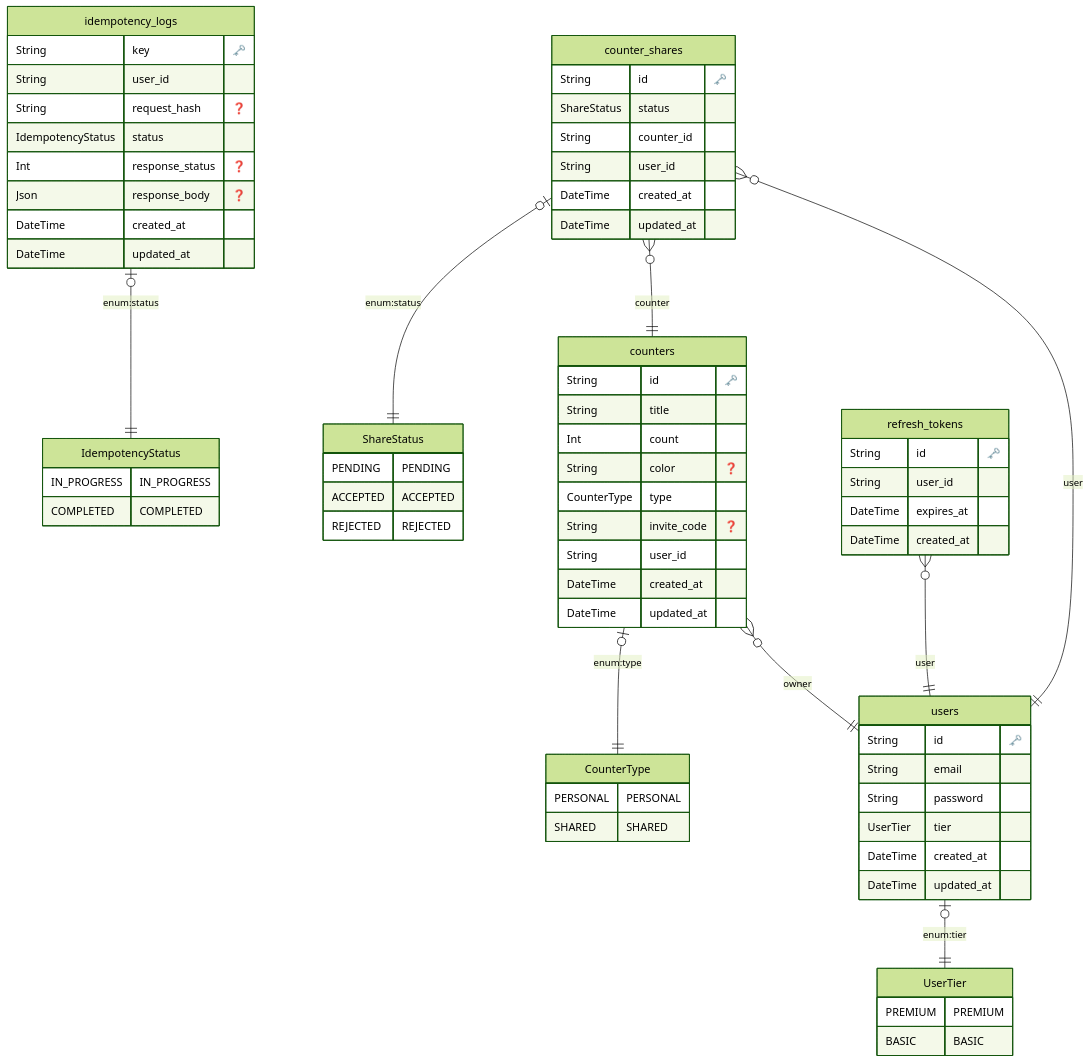
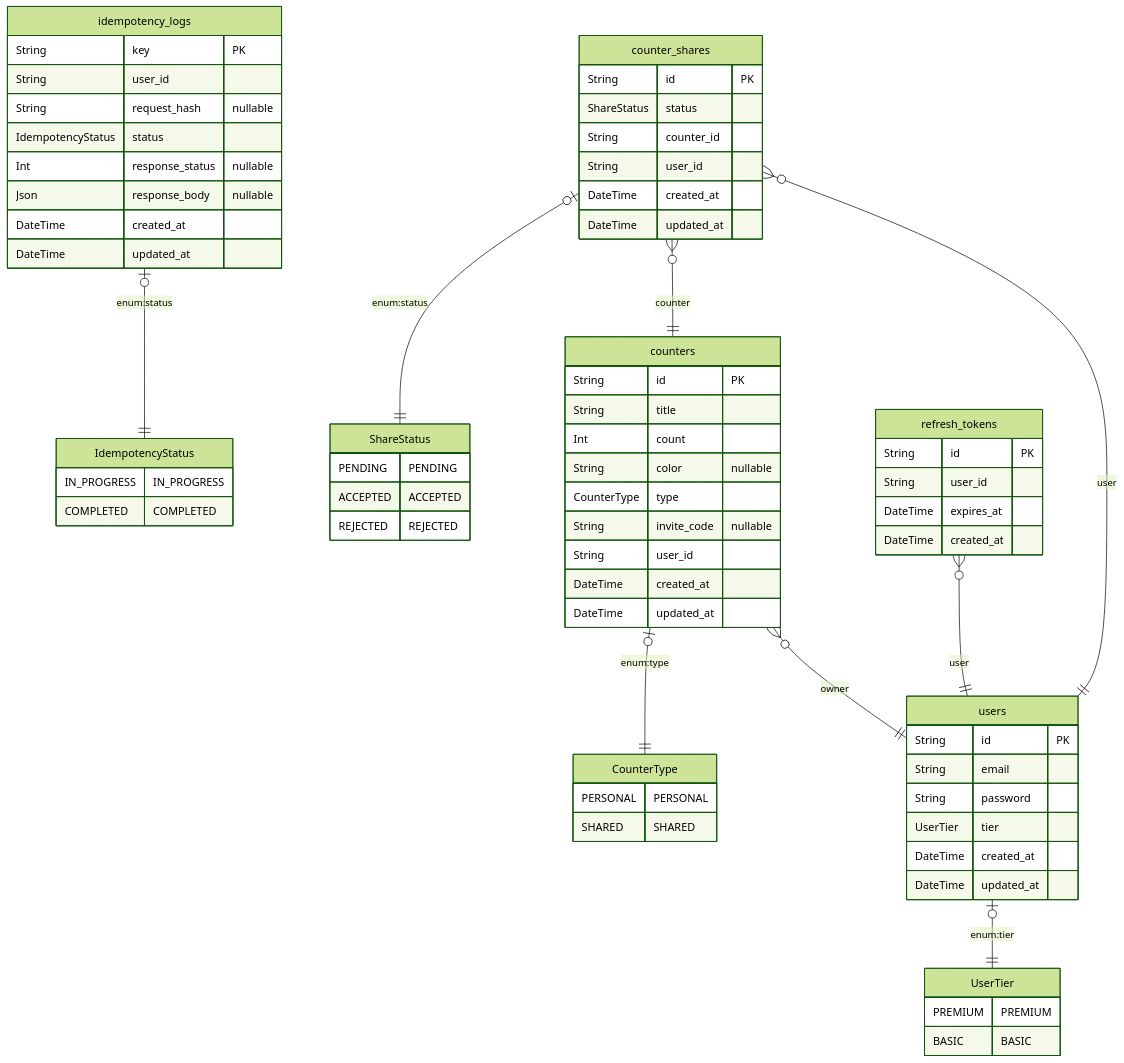
One commit to michaelgreenl/tally-tracker changed the diagram in docs/diagrams/architecture/ERD.md. Above: the diagram before and after it, drawn with Mermaid (forest theme). The commit also changed 14 other files, not shown here.

Commit message:
docs: diagram & generated prisma alignment

```diff
--- a/docs/diagrams/architecture/ERD.md
+++ b/docs/diagrams/architecture/ERD.md
@@ -5,7 +5,7 @@
             PERSONAL PERSONAL
 SHARED SHARED
         }
-
+    
 
 
         ShareStatus {
@@ -13,73 +13,73 @@
 ACCEPTED ACCEPTED
 REJECTED REJECTED
         }
-
+    
 
 
         IdempotencyStatus {
             IN_PROGRESS IN_PROGRESS
 COMPLETED COMPLETED
         }
-
+    
 
 
         UserTier {
             PREMIUM PREMIUM
 BASIC BASIC
         }
-
+    
   "counters" {
-    String id "🗝️"
-    String title
-    Int count
-    String color "❓"
-    CounterType type
-    String invite_code "❓"
-    String user_id
-    DateTime created_at
-    DateTime updated_at
+    String id "PK"
+    String title 
+    Int count 
+    String color "nullable"
+    CounterType type 
+    String invite_code "nullable"
+    String user_id 
+    DateTime created_at 
+    DateTime updated_at 
     }
-
+  
 
   "counter_shares" {
-    String id "🗝️"
-    ShareStatus status
-    String counter_id
-    String user_id
-    DateTime created_at
-    DateTime updated_at
+    String id "PK"
+    ShareStatus status 
+    String counter_id 
+    String user_id 
+    DateTime created_at 
+    DateTime updated_at 
     }
-
+  
 
   "idempotency_logs" {
-    String key "🗝️"
-    String user_id
-    String request_hash "❓"
-    IdempotencyStatus status
-    Int response_status "❓"
-    Json response_body "❓"
-    DateTime created_at
-    DateTime updated_at
+    String key "PK"
+    String user_id 
+    String request_hash "nullable"
+    IdempotencyStatus status 
+    Int response_status "nullable"
+    Json response_body "nullable"
+    DateTime created_at 
+    DateTime updated_at 
     }
-
+  
 
   "refresh_tokens" {
-    String id "🗝️"
-    String user_id
-    DateTime expires_at
-    DateTime created_at
+    String id "PK"
+    String user_id 
+    DateTime expires_at 
+    DateTime created_at 
     }
-
+  
 
   "users" {
-    String id "🗝️"
-    String email
-    String password
-    UserTier tier
-    DateTime created_at
-    DateTime updated_at
+    String id "PK"
+    String email 
+    String password 
+    UserTier tier 
+    DateTime created_at 
+    DateTime updated_at 
     }
-
+  
     "counters" |o--|| "CounterType" : "enum:type"
     "counters" }o--|| users : "owner"
     "counter_shares" |o--|| "ShareStatus" : "enum:status"
```
